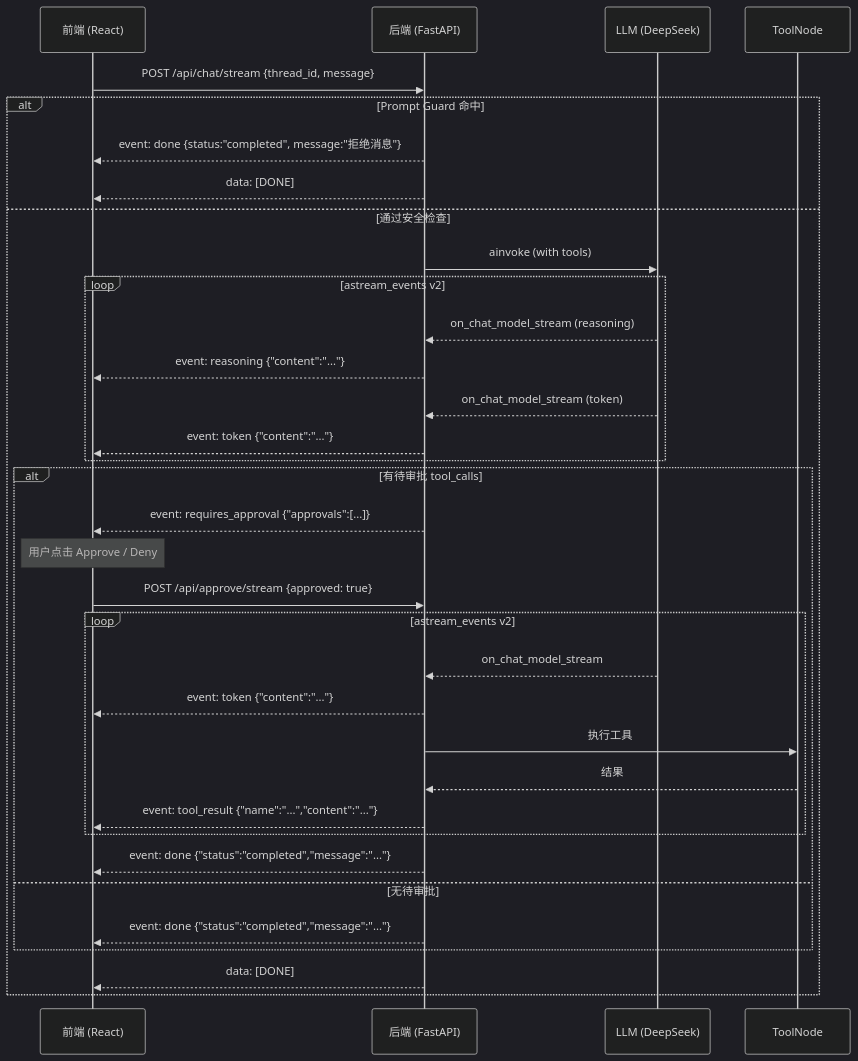
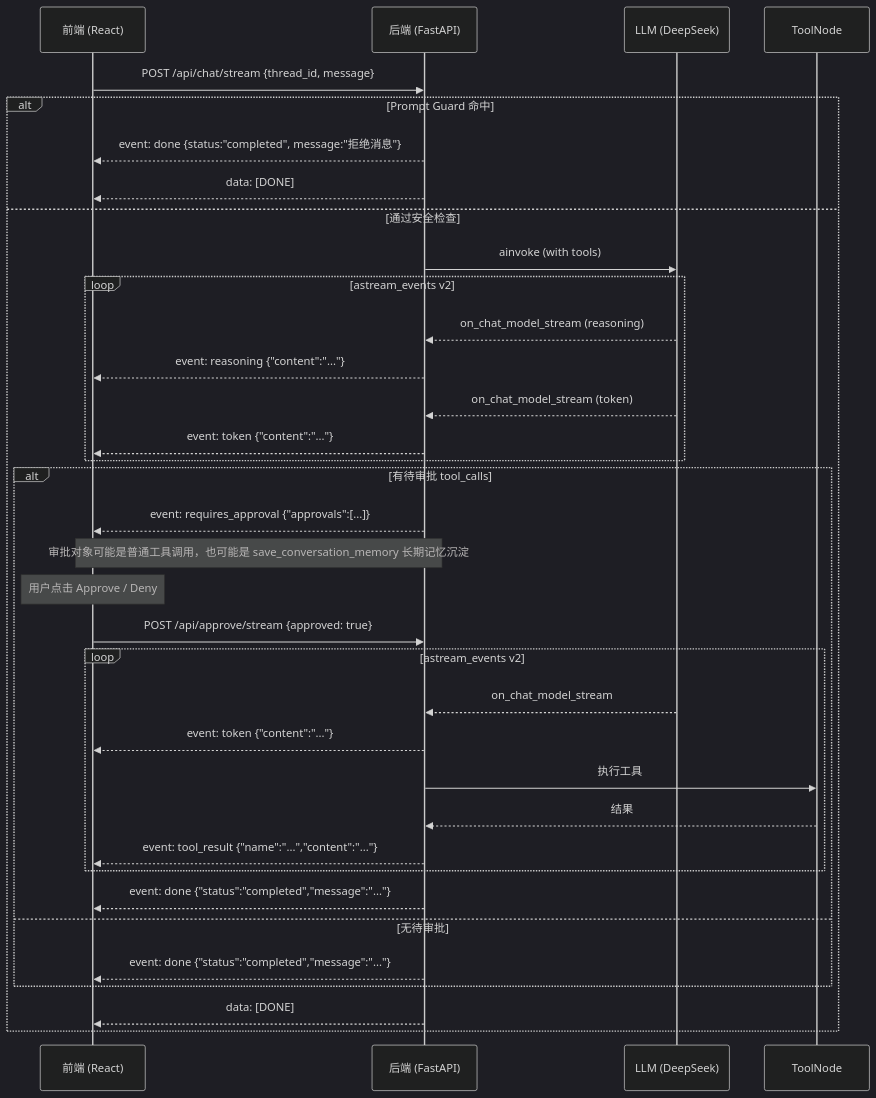
The sixth of 9 diagrams in 技术方案报告.md (YachuanWzh/huamulan-agent), drawn with Mermaid (dark theme) before and after one commit. The commit also changed other lines of this file and 33 other files, not shown here.

````diff
--- a/技术方案报告.md
+++ b/技术方案报告.md
@@ -325,47 +391,48 @@
 ```mermaid
 sequenceDiagram
     participant Client as 前端 (React)
     participant Server as 后端 (FastAPI)
     participant LLM as LLM (DeepSeek)
     participant Tool as ToolNode
 
     Client->>Server: POST /api/chat/stream {thread_id, message}
 
     alt Prompt Guard 命中
         Server-->>Client: event: done {status:"completed", message:"拒绝消息"}
         Server-->>Client: data: [DONE]
     else 通过安全检查
         Server->>LLM: ainvoke (with tools)
 
         loop astream_events v2
             LLM-->>Server: on_chat_model_stream (reasoning)
             Server-->>Client: event: reasoning {"content":"..."}
 
             LLM-->>Server: on_chat_model_stream (token)
             Server-->>Client: event: token {"content":"..."}
         end
 
         alt 有待审批 tool_calls
             Server-->>Client: event: requires_approval {"approvals":[...]}
+            Note over Server,Client: 审批对象可能是普通工具调用，也可能是 save_conversation_memory 长期记忆沉淀
 
             Note over Client: 用户点击 Approve / Deny
 
             Client->>Server: POST /api/approve/stream {approved: true}
 
             loop astream_events v2
                 LLM-->>Server: on_chat_model_stream
                 Server-->>Client: event: token {"content":"..."}
 
                 Server->>Tool: 执行工具
                 Tool-->>Server: 结果
                 Server-->>Client: event: tool_result {"name":"...","content":"..."}
             end
 
             Server-->>Client: event: done {"status":"completed","message":"..."}
         else 无待审批
             Server-->>Client: event: done {"status":"completed","message":"..."}
         end
 
         Server-->>Client: data: [DONE]
     end
 ```
````
